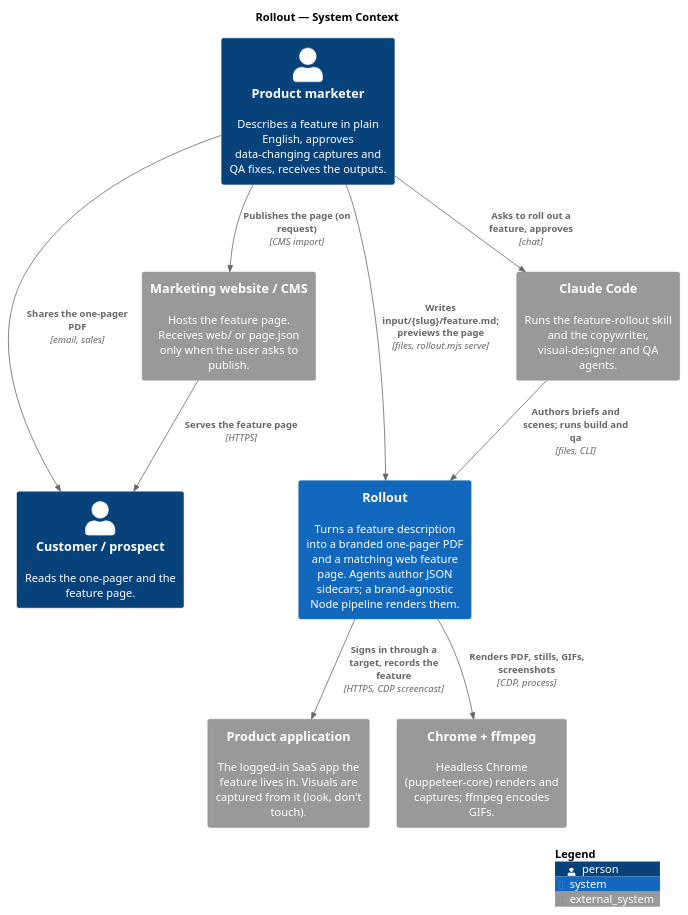
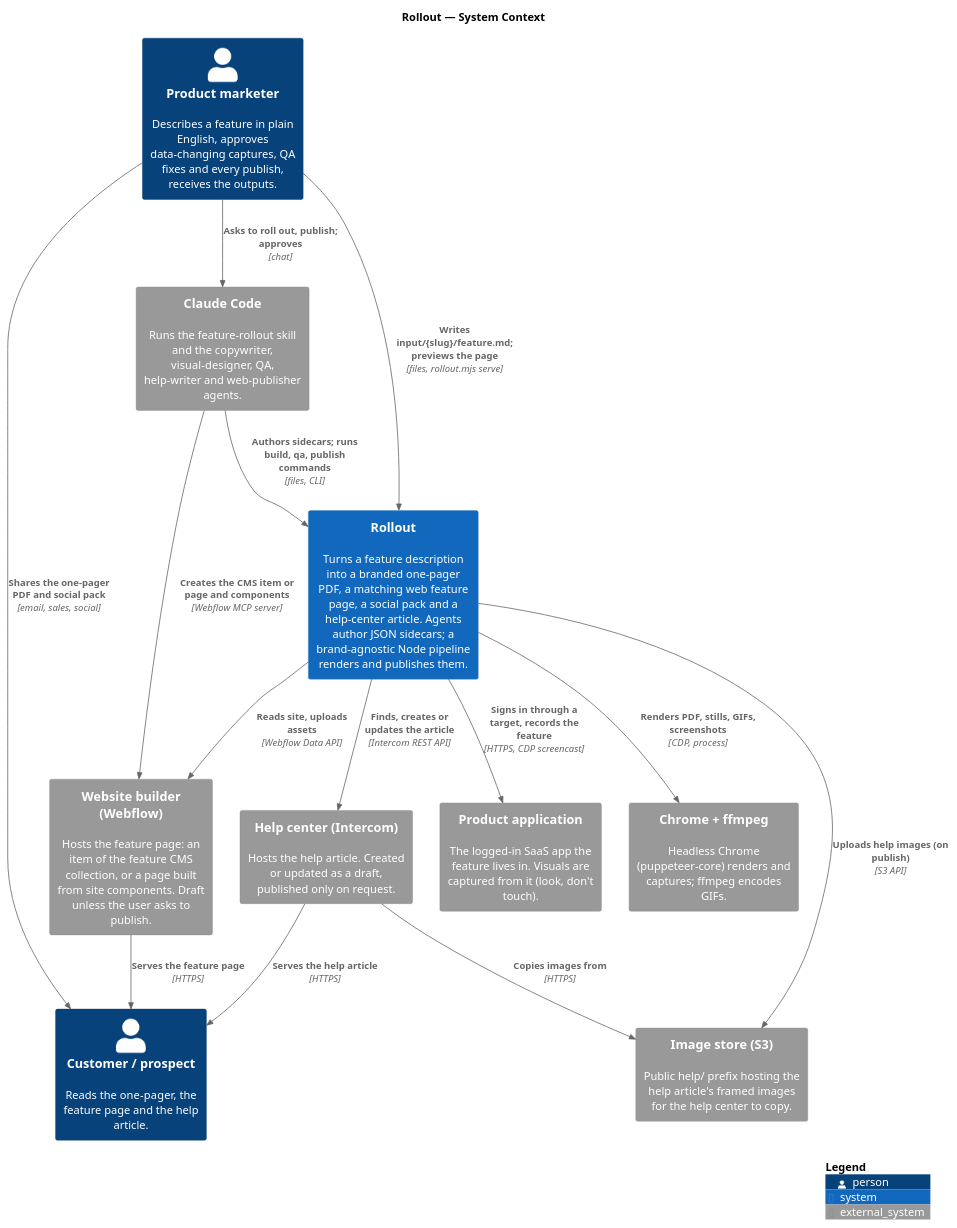
One commit to ssunduko/rollout changed the diagram in docs/c4/1-system-context.puml. Above: the diagram before and after it, drawn with PlantUML. The commit also changed 4 other files, not shown here.

First line of the commit message:
Add the help center, image store and website to the C4 diagrams

```diff
--- a/docs/c4/1-system-context.puml
+++ b/docs/c4/1-system-context.puml
@@ -1,28 +1,35 @@
 @startuml system-context
 ' C4 level 1 — System context: Rollout and the people and systems around it.
 ' Render: see docs/c4/README.md
 !include <C4/C4_Context>
 
 title Rollout — System Context
 
-Person(author, "Product marketer", "Describes a feature in plain English, approves data-changing captures and QA fixes, receives the outputs.")
-Person(reader, "Customer / prospect", "Reads the one-pager and the feature page.")
+Person(author, "Product marketer", "Describes a feature in plain English, approves data-changing captures, QA fixes and every publish, receives the outputs.")
+Person(reader, "Customer / prospect", "Reads the one-pager, the feature page and the help article.")
 
-System(rollout, "Rollout", "Turns a feature description into a branded one-pager PDF and a matching web feature page. Agents author JSON sidecars; a brand-agnostic Node pipeline renders them.")
+System(rollout, "Rollout", "Turns a feature description into a branded one-pager PDF, a matching web feature page, a social pack and a help-center article. Agents author JSON sidecars; a brand-agnostic Node pipeline renders and publishes them.")
 
-System_Ext(claude, "Claude Code", "Runs the feature-rollout skill and the copywriter, visual-designer and QA agents.")
+System_Ext(claude, "Claude Code", "Runs the feature-rollout skill and the copywriter, visual-designer, QA, help-writer and web-publisher agents.")
 System_Ext(app, "Product application", "The logged-in SaaS app the feature lives in. Visuals are captured from it (look, don't touch).")
-System_Ext(site, "Marketing website / CMS", "Hosts the feature page. Receives web/ or page.json only when the user asks to publish.")
+System_Ext(helpcenter, "Help center (Intercom)", "Hosts the help article. Created or updated as a draft, published only on request.")
+System_Ext(imagestore, "Image store (S3)", "Public help/ prefix hosting the help article's framed images for the help center to copy.")
+System_Ext(site, "Website builder (Webflow)", "Hosts the feature page: an item of the feature CMS collection, or a page built from site components. Draft unless the user asks to publish.")
 System_Ext(tools, "Chrome + ffmpeg", "Headless Chrome (puppeteer-core) renders and captures; ffmpeg encodes GIFs.")
 
-Rel(author, claude, "Asks to roll out a feature, approves", "chat")
+Rel(author, claude, "Asks to roll out, publish; approves", "chat")
 Rel(author, rollout, "Writes input/{slug}/feature.md; previews the page", "files, rollout.mjs serve")
-Rel(claude, rollout, "Authors briefs and scenes; runs build and qa", "files, CLI")
+Rel(claude, rollout, "Authors sidecars; runs build, qa, publish commands", "files, CLI")
 Rel(rollout, app, "Signs in through a target, records the feature", "HTTPS, CDP screencast")
 Rel(rollout, tools, "Renders PDF, stills, GIFs, screenshots", "CDP, process")
-Rel(author, site, "Publishes the page (on request)", "CMS import")
+Rel(rollout, imagestore, "Uploads help images (on publish)", "S3 API")
+Rel(rollout, helpcenter, "Finds, creates or updates the article", "Intercom REST API")
+Rel(helpcenter, imagestore, "Copies images from", "HTTPS")
+Rel(rollout, site, "Reads site, uploads assets", "Webflow Data API")
+Rel(claude, site, "Creates the CMS item or page and components", "Webflow MCP server")
 Rel(site, reader, "Serves the feature page", "HTTPS")
-Rel(author, reader, "Shares the one-pager PDF", "email, sales")
+Rel(helpcenter, reader, "Serves the help article", "HTTPS")
+Rel(author, reader, "Shares the one-pager PDF and social pack", "email, sales, social")
 
 SHOW_LEGEND()
 @enduml
```
